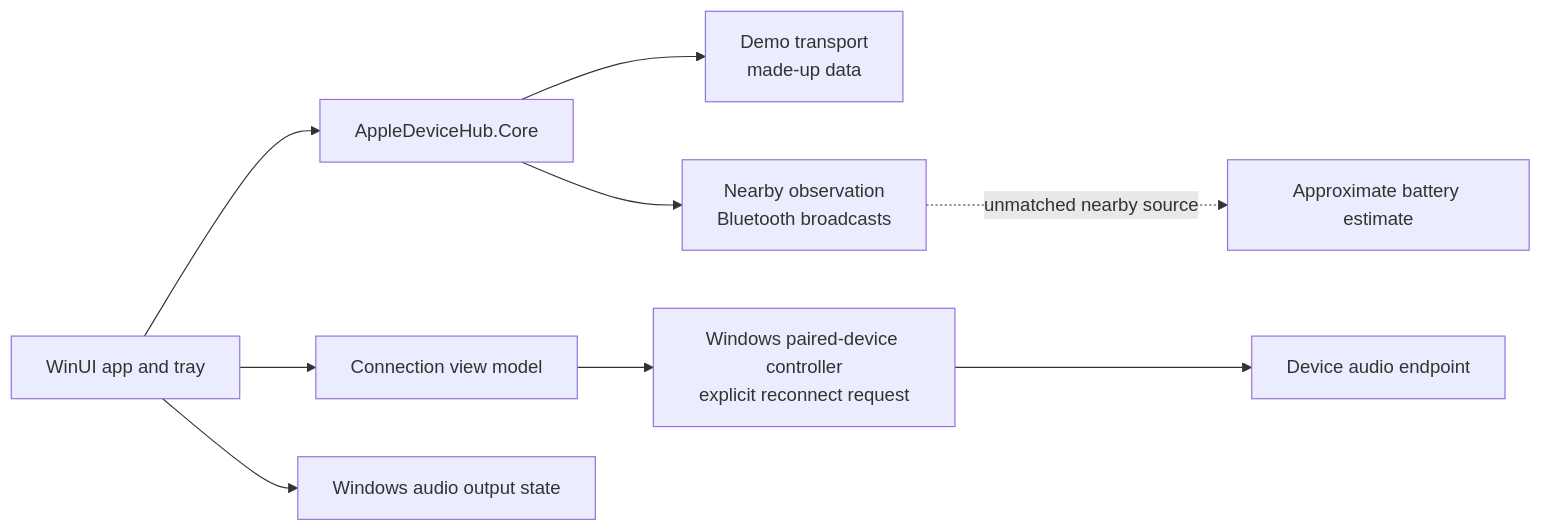
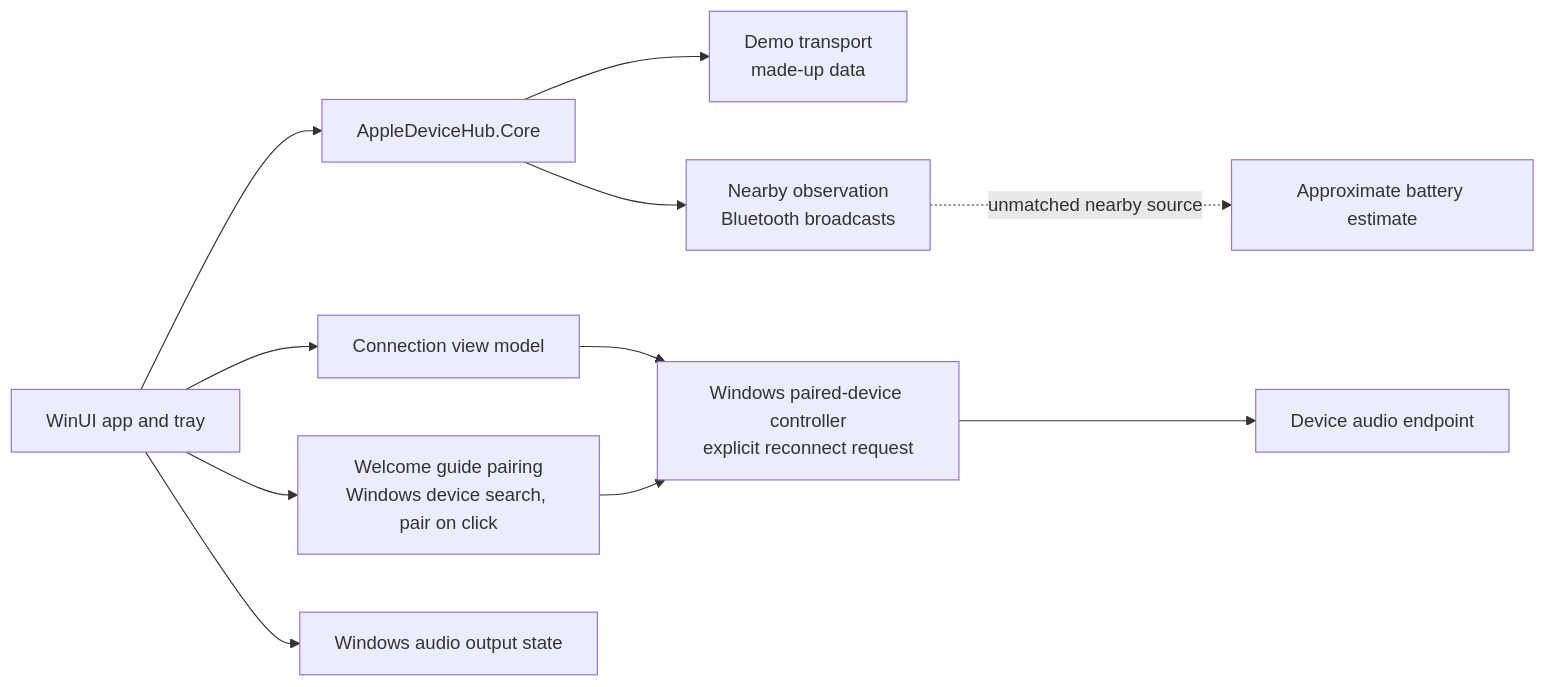
The diagram in docs/ARCHITECTURE.md (yirock7/Clasp-releases), drawn with Mermaid before and after one commit. The commit also changed other lines of this file and 6 other files, not shown here.

First line of the commit message:
docs: describe in-app pairing and 0.4.x changes; retake welcome screenshots

````diff
--- a/docs/ARCHITECTURE.md
+++ b/docs/ARCHITECTURE.md
@@ -13,11 +13,13 @@
 ```mermaid
 flowchart LR
     UI[WinUI app and tray] --> Core[AppleDeviceHub.Core]
     Core --> Demo[Demo transport<br/>made-up data]
     Core --> BLE[Nearby observation<br/>Bluetooth broadcasts]
     UI --> Pair[Connection view model]
     Pair --> WinAudio[Windows paired-device controller<br/>explicit reconnect request]
     WinAudio --> Endpoint[Device audio endpoint]
+    UI --> Pairing[Welcome guide pairing<br/>Windows device search, pair on click]
+    Pairing --> WinAudio
     BLE -. "unmatched nearby source" .-> Estimate[Approximate battery estimate]
     UI --> Output[Windows audio output state]
 ```
````
